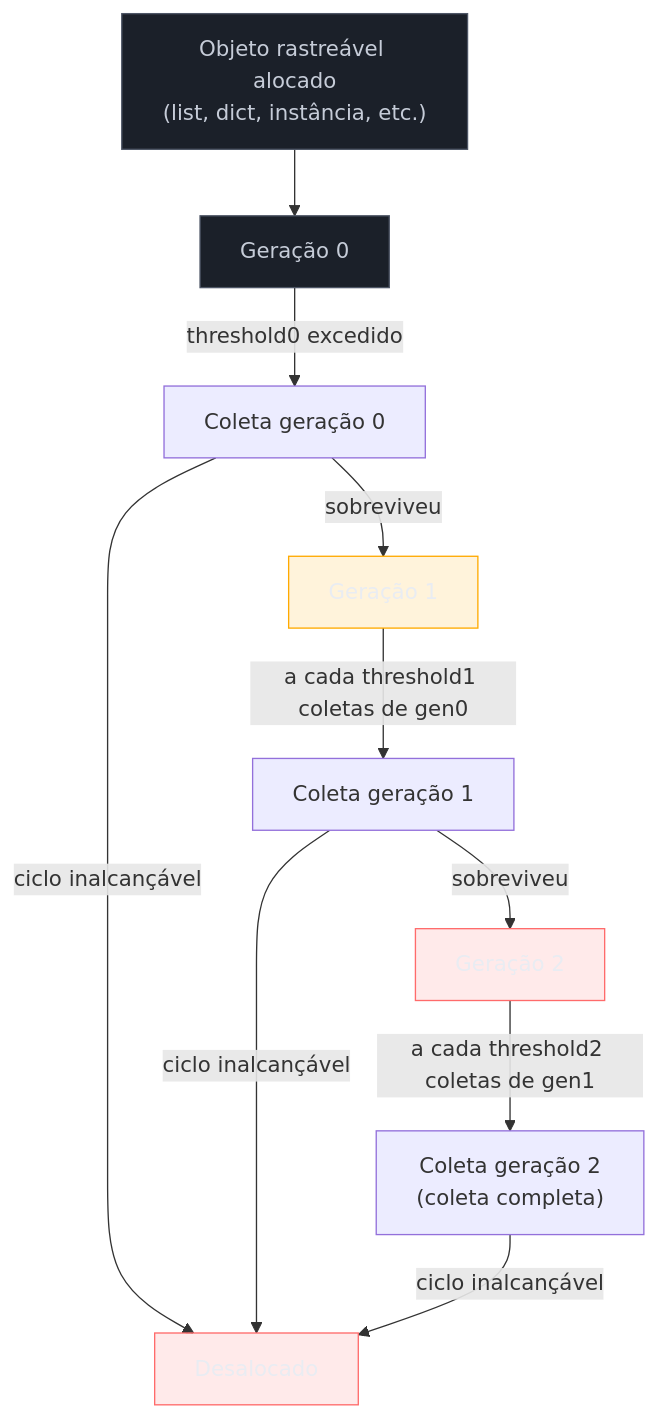
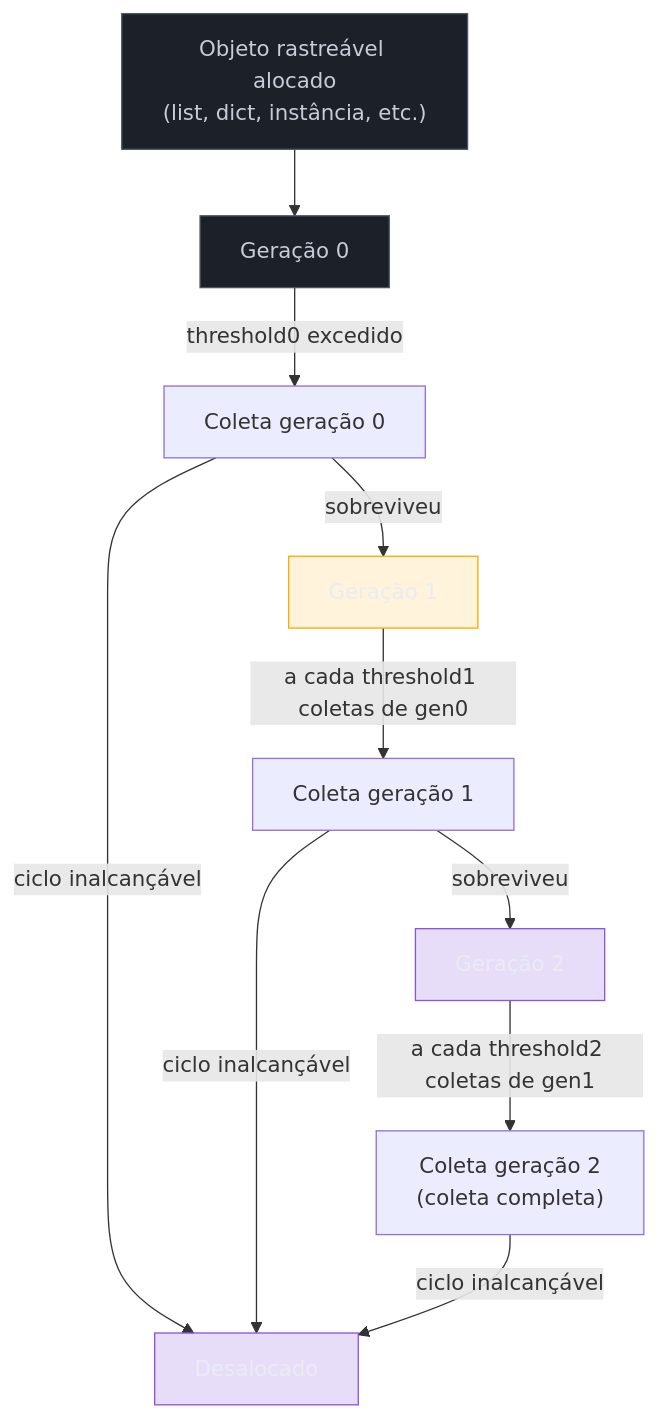
Before and after one commit to josenaldo/codex-technomanticus: the second of 2 diagrams in 03-Dominios/Tecnologia/Python/CPython internals/03 - Reference counting e o Garbage Collector geracional.md, drawn with Mermaid. The commit also changed 601 other files, not shown here.

````diff
--- a/03-Dominios/Tecnologia/Python/CPython internals/03 - Reference counting e o Garbage Collector geracional.md
+++ b/03-Dominios/Tecnologia/Python/CPython internals/03 - Reference counting e o Garbage Collector geracional.md
@@ -153,21 +153,21 @@
 ```mermaid
 flowchart TD
+    classDef marca fill:#8855DF33,stroke:#8855DF,color:#E9ECF2
     classDef neutro fill:#1B2029,stroke:#4E5666,color:#C6CCD8
     classDef destaque fill:#FFAA0024,stroke:#FFAA00,color:#E9ECF2
-    classDef falha fill:#FF6B6B24,stroke:#FF6B6B,color:#E9ECF2
     Alloc["Objeto rastreável alocado<br/>(list, dict, instância, etc.)"] --> Gen0["Geração 0"]
     Gen0 -->|"threshold0 excedido"| Coleta0["Coleta geração 0"]
     Coleta0 -->|"sobreviveu"| Gen1["Geração 1"]
     Coleta0 -->|"ciclo inalcançável"| Dealloc["Desalocado"]
     Gen1 -->|"a cada threshold1 coletas de gen0"| Coleta1["Coleta geração 1"]
     Coleta1 -->|"sobreviveu"| Gen2["Geração 2"]
     Coleta1 -->|"ciclo inalcançável"| Dealloc
     Gen2 -->|"a cada threshold2 coletas de gen1"| Coleta2["Coleta geração 2<br/>(coleta completa)"]
     Coleta2 -->|"ciclo inalcançável"| Dealloc
 
     class Alloc neutro
     class Gen0 neutro
     class Gen1 destaque
-    class Gen2 falha
-    class Dealloc falha
+    class Gen2 marca
+    class Dealloc marca
 ```
````
